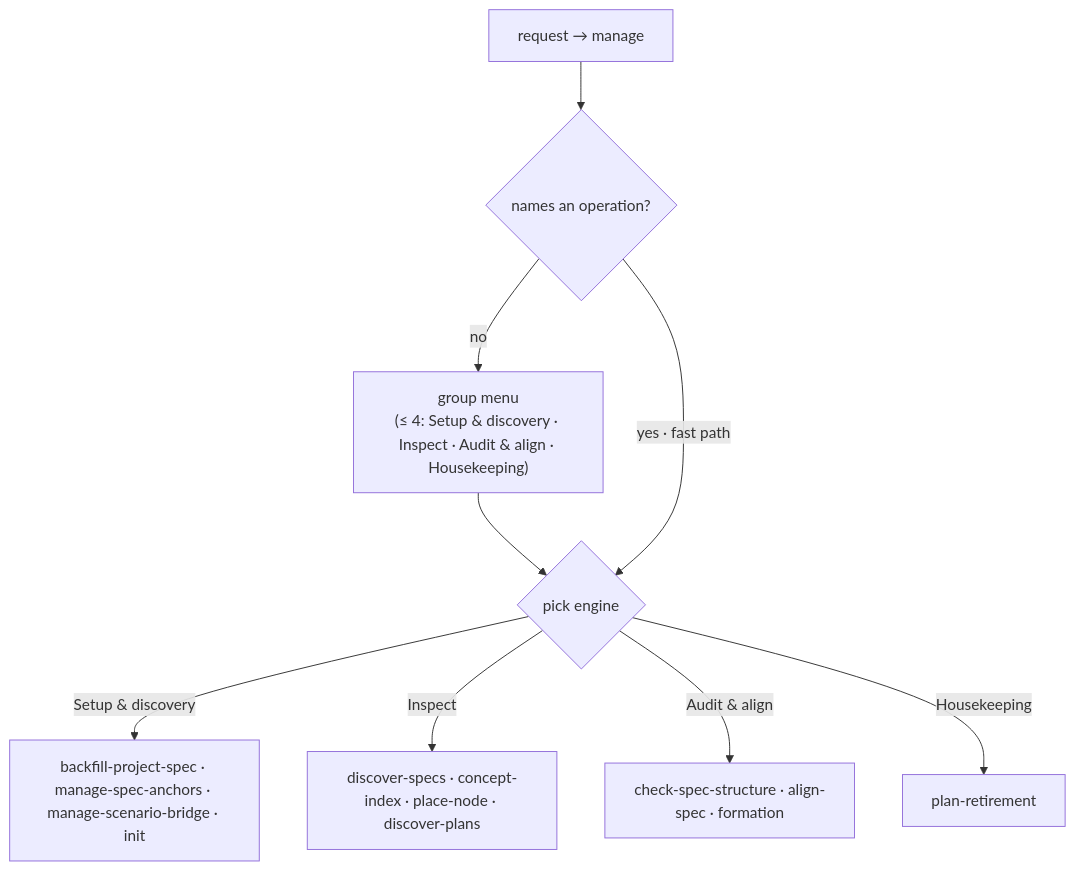
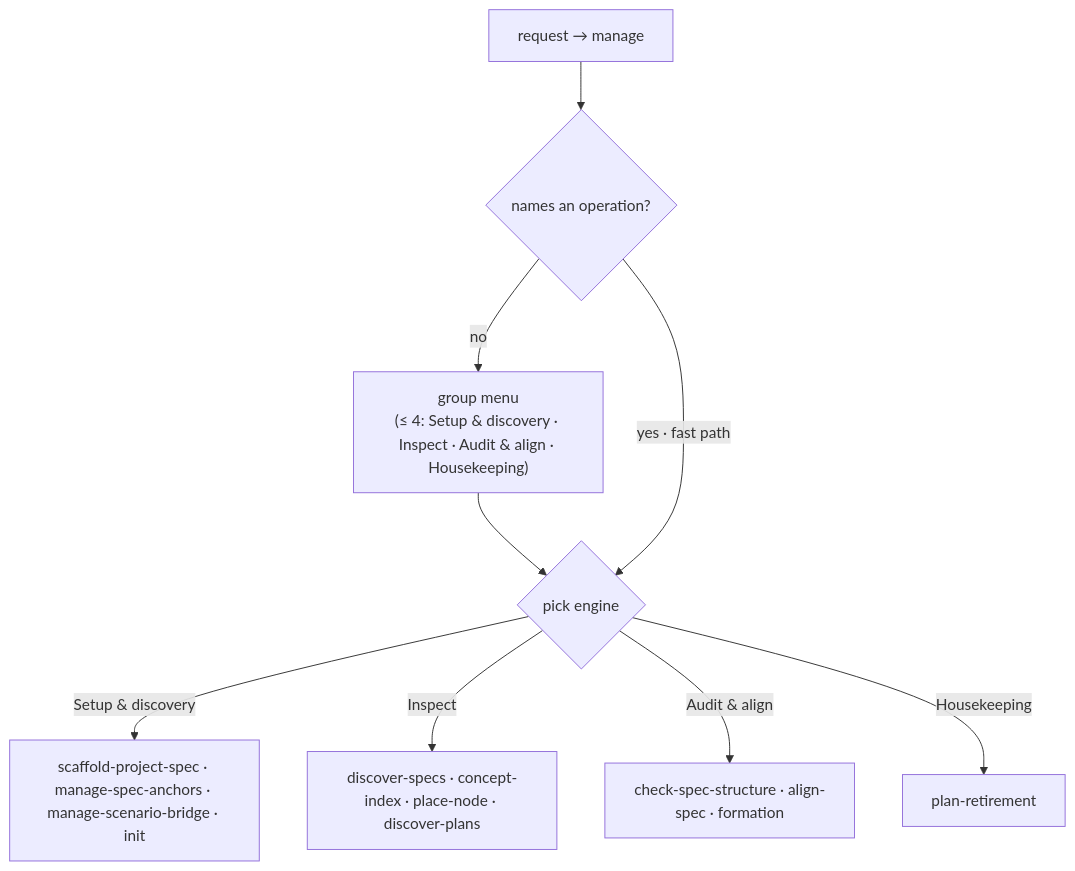
Before and after one commit to cyberuni/cyber-sdd: the diagram in .agents/specs/sdd/gateway/manage/README.md, drawn with Mermaid. The commit also changed other lines of this file and 27 other files, not shown here.

First line of the commit message:
refactor(sdd): rename backfill-project-spec to scaffold-project-spec

````diff
--- a/.agents/specs/sdd/gateway/manage/README.md
+++ b/.agents/specs/sdd/gateway/manage/README.md
@@ -61,10 +61,10 @@
 ```mermaid
 flowchart TD
     REQ["request → manage"] --> BARE{"names an operation?"}
     BARE -->|no| GROUPS["group menu<br/>(≤ 4: Setup &amp; discovery · Inspect · Audit &amp; align · Housekeeping)"] --> PICK{pick engine}
     BARE -->|yes · fast path| PICK
-    PICK -->|Setup &amp; discovery| SD["backfill-project-spec · manage-spec-anchors · manage-scenario-bridge · init"]
+    PICK -->|Setup &amp; discovery| SD["scaffold-project-spec · manage-spec-anchors · manage-scenario-bridge · init"]
     PICK -->|Inspect| INS["discover-specs · concept-index · place-node · discover-plans"]
     PICK -->|Audit &amp; align| AUD["check-spec-structure · align-spec · formation"]
     PICK -->|Housekeeping| HK["plan-retirement"]
 ```
````
